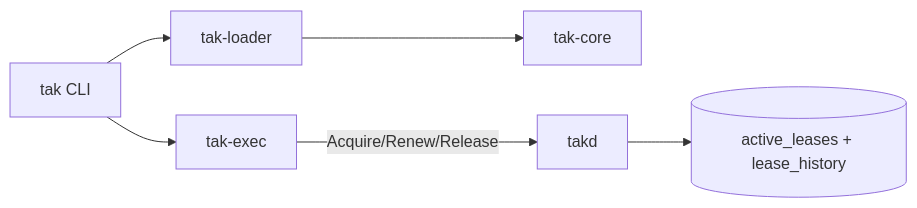
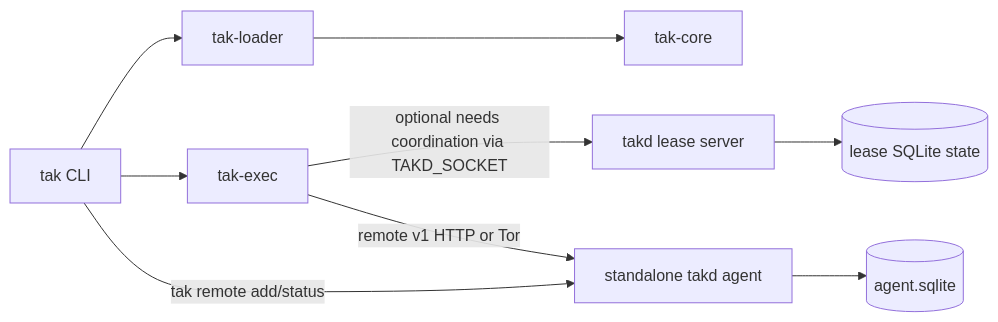
One commit to gu1p/tak changed the diagram in ARCHITECTURE.md. Above: the diagram before and after it, drawn with Mermaid. The commit also changed other lines of this file and 1 other file, not shown here.

Commit message:
Rewrite root architecture doc

````diff
--- a/ARCHITECTURE.md
+++ b/ARCHITECTURE.md
@@ -15,8 +36,11 @@
 ```mermaid
 flowchart LR
     CLI[tak CLI] --> Loader[tak-loader]
     Loader --> Core[tak-core]
     CLI --> Exec[tak-exec]
-    Exec -->|Acquire/Renew/Release| Daemon[takd]
-    Daemon --> SQLite[(active_leases + lease_history)]
+    Exec -->|optional needs coordination via TAKD_SOCKET| Lease[takd lease server]
+    Exec -->|remote v1 HTTP or Tor| Agent[standalone takd agent]
+    CLI -->|tak remote add/status| Agent
+    Agent --> AgentDb[(agent.sqlite)]
+    Lease --> LeaseDb[(lease SQLite state)]
 ```
````
